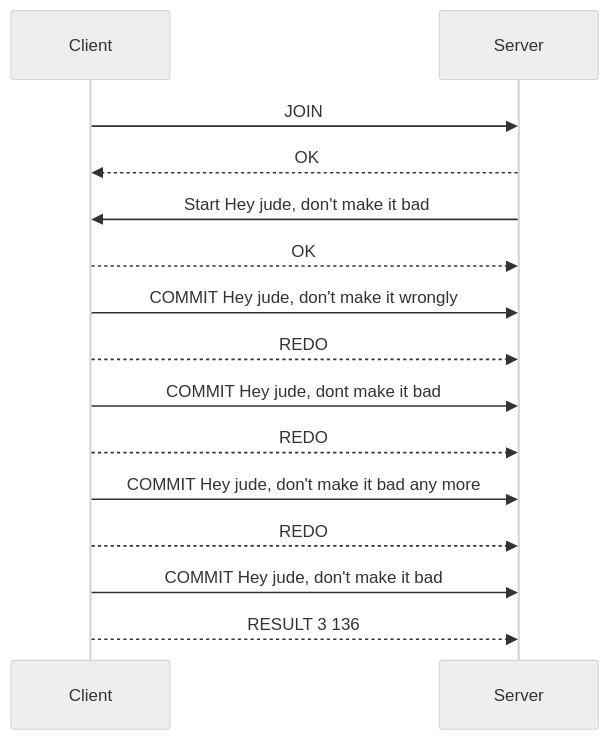
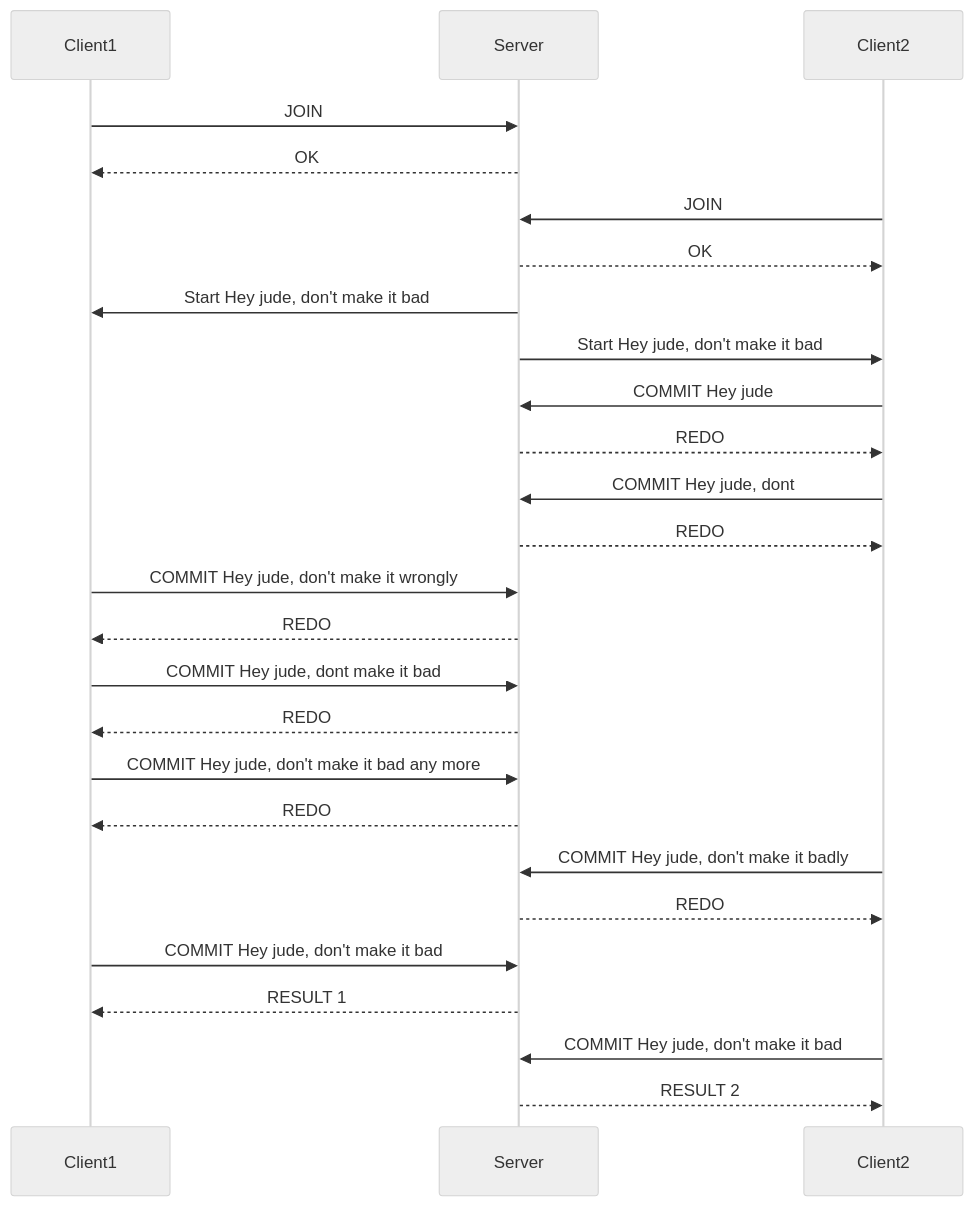
One commit to RomainVuilleumier/DAI-2026-2027-Class-A-PW2_Romain-Vuilleumier-Cedric-Herard changed the diagram in ApplicationProtocol.md. Above: the diagram before and after it, drawn with Mermaid (neutral theme). The commit also changed other lines of this file, not shown here.

````diff
--- a/ApplicationProtocol.md
+++ b/ApplicationProtocol.md
@@ -89,15 +117,25 @@
 ```mermaid
 sequenceDiagram
-    Client->>Server: JOIN
-    Server-->>Client:OK
-    Server->>Client :Start Hey jude, don't make it bad
-    Client-->>Server:OK
-    Client->>Server :COMMIT Hey jude, don't make it wrongly
-    Client-->>Server:REDO
-    Client->>Server :COMMIT Hey jude, dont make it bad
-    Client-->>Server:REDO
-    Client->>Server :COMMIT Hey jude, don't make it bad any more
-    Client-->>Server:REDO
-    Client->>Server :COMMIT Hey jude, don't make it bad
-    Client-->>Server:RESULT 3 136
+    Client1->>Server: JOIN
+    Server-->>Client1:OK
+    Client2->>Server: JOIN
+    Server-->>Client2:OK
+    Server->>Client1 :Start Hey jude, don't make it bad
+    Server->>Client2 :Start Hey jude, don't make it bad
+    Client2->>Server :COMMIT Hey jude
+    Server-->>Client2:REDO
+    Client2->>Server :COMMIT Hey jude, dont
+    Server-->>Client2:REDO
+    Client1->>Server :COMMIT Hey jude, don't make it wrongly
+    Server-->>Client1:REDO
+    Client1->>Server :COMMIT Hey jude, dont make it bad
+    Server-->>Client1:REDO
+    Client1->>Server :COMMIT Hey jude, don't make it bad any more
+    Server-->>Client1:REDO
+    Client2->>Server :COMMIT Hey jude, don't make it badly
+    Server-->>Client2:REDO
+    Client1->>Server :COMMIT Hey jude, don't make it bad
+    Server-->>Client1:RESULT 1
+    Client2->>Server :COMMIT Hey jude, don't make it bad
+    Server-->>Client2:RESULT 2
 ```
````
